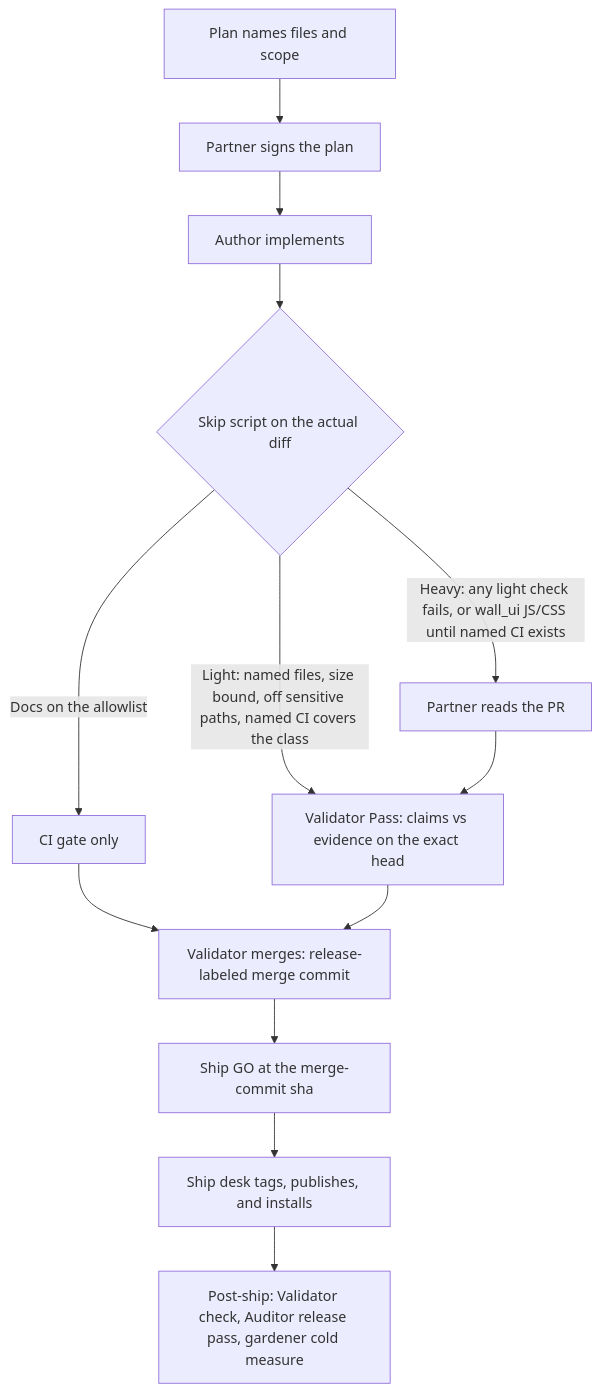
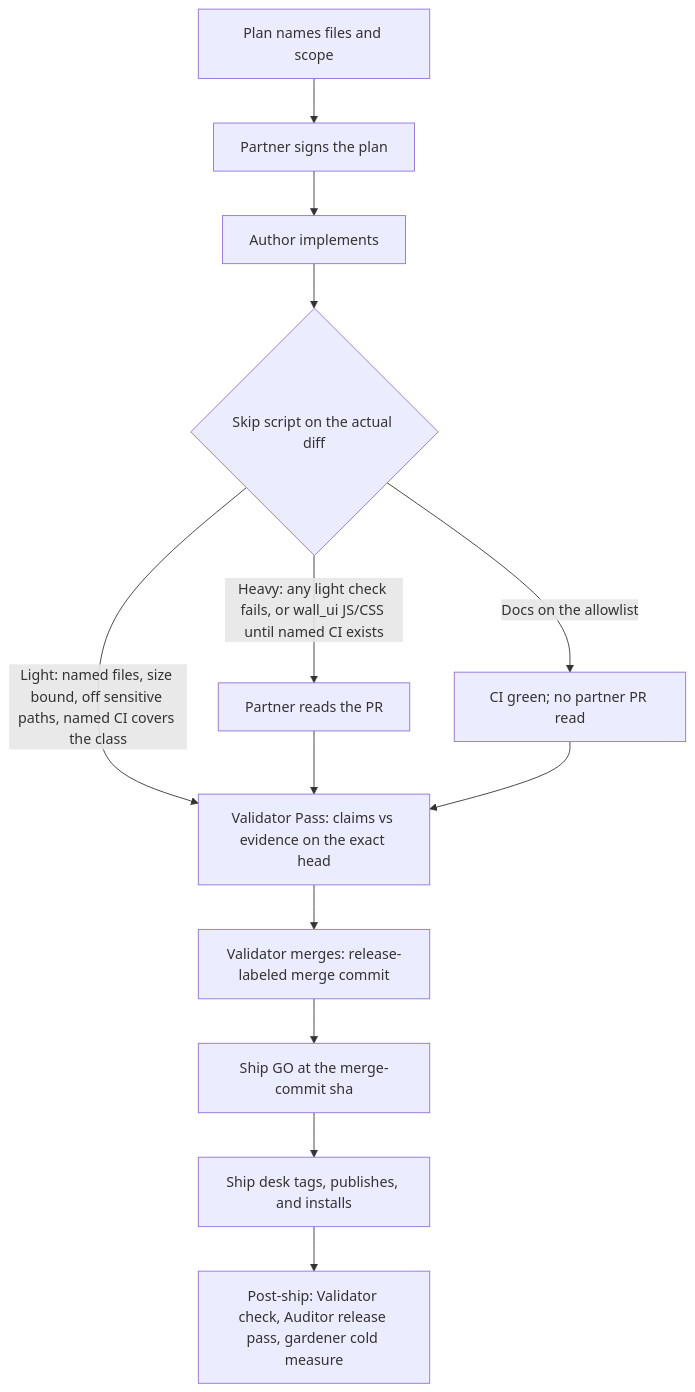
The diagram in docs/dev/RELEASE-FLOW.md (si4ai/the-mill), drawn with Mermaid before and after one commit. The commit also changed 1 other file, not shown here.

Commit message:
#1069 allowlisted docs still need a Validator Pass
The allowlist skips the partner PR read only. Validator still
Passes the required validator status and merges. The release-flow
chart sends that path through Pass.

````diff
--- a/docs/dev/RELEASE-FLOW.md
+++ b/docs/dev/RELEASE-FLOW.md
@@ -8,15 +8,15 @@
 ```mermaid
 flowchart TD
   plan[Plan names files and scope] --> sign[Partner signs the plan]
   sign --> code[Author implements]
   code --> split{Skip script on the actual diff}
   split -->|Light: named files, size bound, off sensitive paths, named CI covers the class| pass[Validator Pass: claims vs evidence on the exact head]
-  split -->|Docs on the allowlist| ciOnly[CI gate only]
+  split -->|Docs on the allowlist| ciOnly[CI green; no partner PR read]
   split -->|Heavy: any light check fails, or wall_ui JS/CSS until named CI exists| read[Partner reads the PR]
   read --> pass
-  ciOnly --> merge[Validator merges: release-labeled merge commit]
-  pass --> merge
+  ciOnly --> pass
+  pass --> merge[Validator merges: release-labeled merge commit]
   merge --> go[Ship GO at the merge-commit sha]
   go --> tag[Ship desk tags, publishes, and installs]
   tag --> post[Post-ship: Validator check, Auditor release pass, gardener cold measure]
 ```
````
